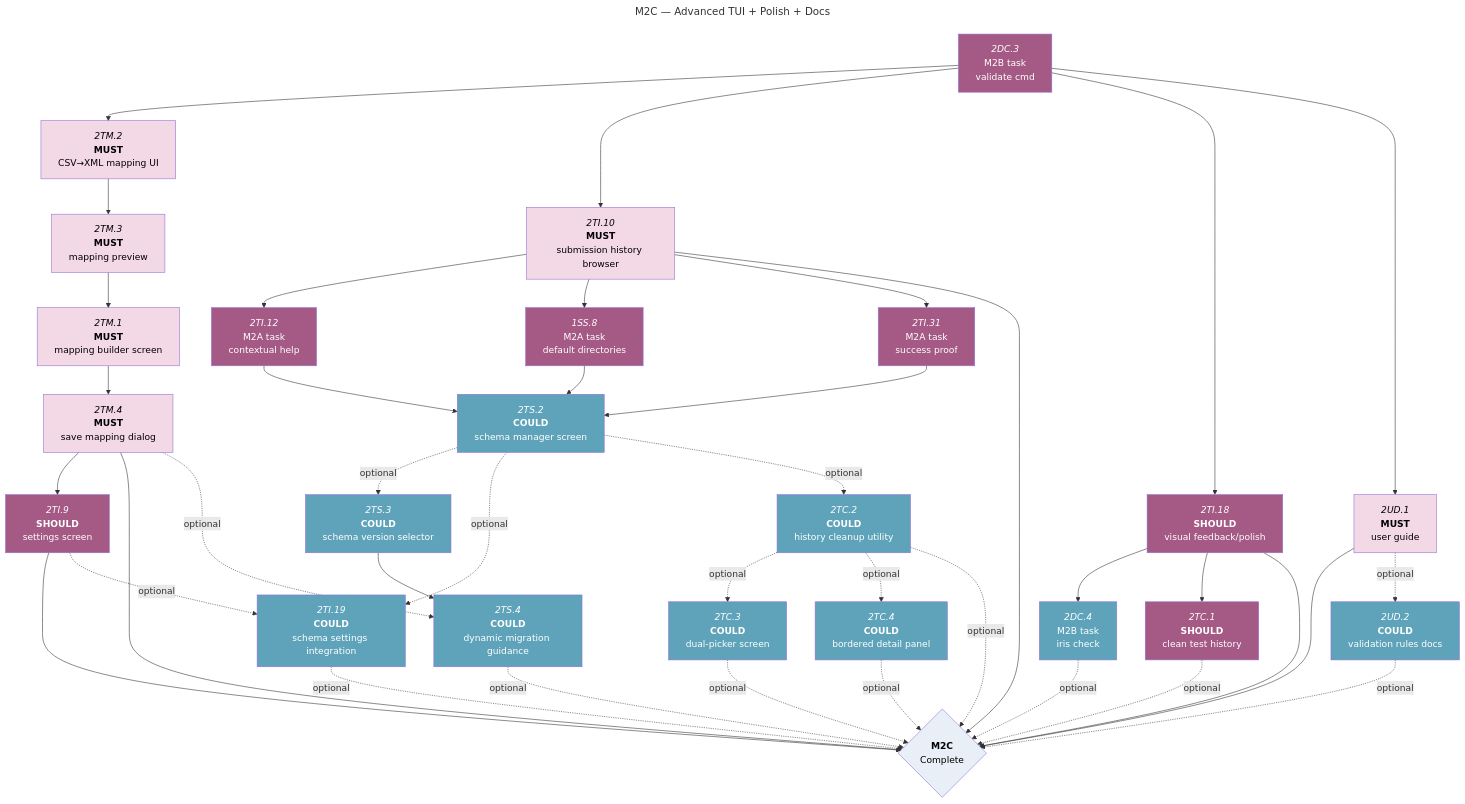
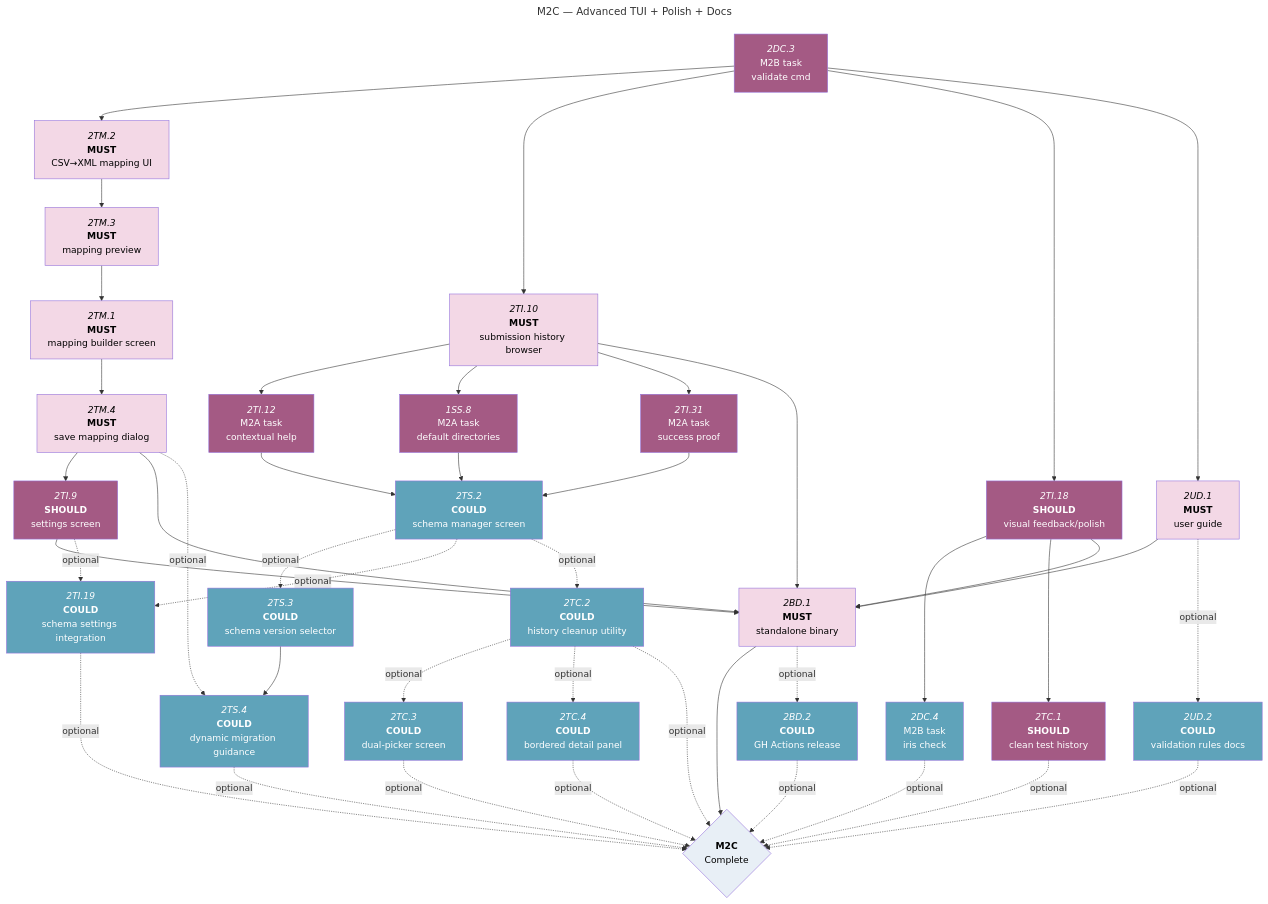
One commit to foundersandcoders/iris changed the third of 4 diagrams in docs/roadmaps/phase-1-mvp-features.md. Above: the diagram before and after it, drawn with Mermaid. The commit also changed other lines of this file, not shown here.

Commit message:
docs: add build and compile to roadmap

````diff
--- a/docs/roadmaps/phase-1-mvp-features.md
+++ b/docs/roadmaps/phase-1-mvp-features.md
@@ -223,56 +223,62 @@
 ```mermaid
 ---
 title: M2C — Advanced TUI + Polish + Docs
 ---
 graph TD
 
 2DC.3["`*2DC.3*<br/>M2B task<br/>validate cmd`"]:::should-blocked
 
 2DC.3 --> 2TM.2 & 2TI.10 & 2TI.18 & 2UD.1
 
 2TM.2["`*2TM.2*<br/>**MUST**<br/>CSV→XML mapping UI`"]:::must-blocked --> 2TM.3
 2TM.3["`*2TM.3*<br/>**MUST**<br/>mapping preview`"]:::must-blocked --> 2TM.1
 2TM.1["`*2TM.1*<br/>**MUST**<br/>mapping builder screen`"]:::must-blocked --> 2TM.4
 2TM.4["`*2TM.4*<br/>**MUST**<br/>save mapping dialog`"]:::must-blocked --> 2TI.9
 
 2TI.9["`*2TI.9*<br/>**SHOULD**<br/>settings screen`"]:::should-blocked
 
 2TI.10["`*2TI.10*<br/>**MUST**<br/>submission history browser`"]:::must-blocked
 2TI.18["`*2TI.18*<br/>**SHOULD**<br/>visual feedback/polish`"]:::should-blocked
 2TC.1["`*2TC.1*<br/>**SHOULD**<br/>clean test history`"]:::should-blocked
 2UD.1["`*2UD.1*<br/>**MUST**<br/>user guide`"]:::must-blocked
 2UD.2["`*2UD.2*<br/>**COULD**<br/>validation rules docs`"]:::could-blocked
 2TC.2["`*2TC.2*<br/>**COULD**<br/>history cleanup utility`"]:::could-blocked
 2TC.3["`*2TC.3*<br/>**COULD**<br/>dual-picker screen`"]:::could-blocked
 2TC.4["`*2TC.4*<br/>**COULD**<br/>bordered detail panel`"]:::could-blocked
 
 2TI.12["`*2TI.12*<br/>M2A task<br/>contextual help`"]:::should-blocked
 1SS.8["`*1SS.8*<br/>M2A task<br/>default directories`"]:::should-blocked
 2TI.31["`*2TI.31*<br/>M2A task<br/>success proof`"]:::should-blocked
 2TS.2["`*2TS.2*<br/>**COULD**<br/>schema manager screen`"]:::could-blocked
 2TS.3["`*2TS.3*<br/>**COULD**<br/>schema version selector`"]:::could-blocked --> 2TS.4
 2TS.4["`*2TS.4*<br/>**COULD**<br/>dynamic migration guidance`"]:::could-blocked
 2TI.19["`*2TI.19*<br/>**COULD**<br/>schema settings integration`"]:::could-blocked
 
 2DC.4["`*2DC.4*<br/>M2B task<br/>iris check`"]:::could-blocked
 
+2BD.1["`*2BD.1*<br/>**MUST**<br/>standalone binary`"]:::must-blocked
+2BD.2["`*2BD.2*<br/>**COULD**<br/>GH Actions release`"]:::could-blocked
+
 %% Required dependencies %%
 2TI.10 --> 2TI.12 & 1SS.8 & 2TI.31
 2TI.12 & 1SS.8 & 2TI.31 --> 2TS.2
 2TI.18 --> 2DC.4 & 2TC.1
-2TI.9 & 2TI.10 & 2TI.18 & 2UD.1 & 2TM.4 --> phase1
+2TI.9 & 2TI.10 & 2TI.18 & 2UD.1 & 2TM.4 --> 2BD.1
+2BD.1 --> phase1
 phase1{"`**M2C**<br/>Complete`"}:::mile
 
 %% Optional dependencies %%
+2BD.1 -.->|optional| 2BD.2
+2BD.2 -.->|optional| phase1
 2UD.1 -.->|optional| 2UD.2
 2TI.9 -.->|optional| 2TI.19
 2TM.4 -.->|optional| 2TS.4
 2TS.2 -.->|optional| 2TS.3 & 2TI.19 & 2TC.2
 2TC.2 -.->|optional| 2TC.3 & 2TC.4
 2TI.19 & 2TS.4 & 2UD.2 & 2DC.4 & 2TC.1 & 2TC.2 & 2TC.3 & 2TC.4 -.->|optional| phase1
 
 classDef must-blocked fill:#F3D8E6,color:#000;
 classDef should-blocked fill:#A45A84,color:#fff;
 classDef could-blocked fill:#5FA3BA,color:#fff;
 classDef mile fill:#E8EFF6,color:#000;
 ```
````
